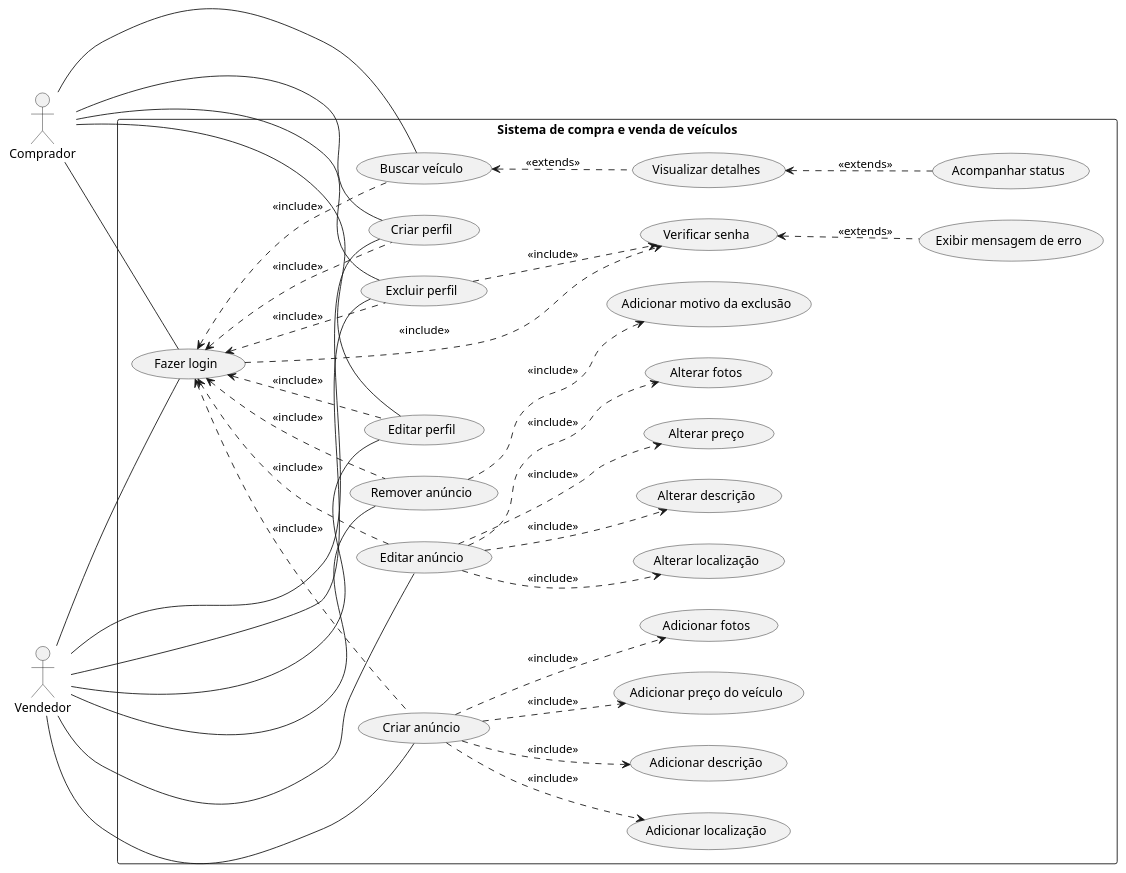
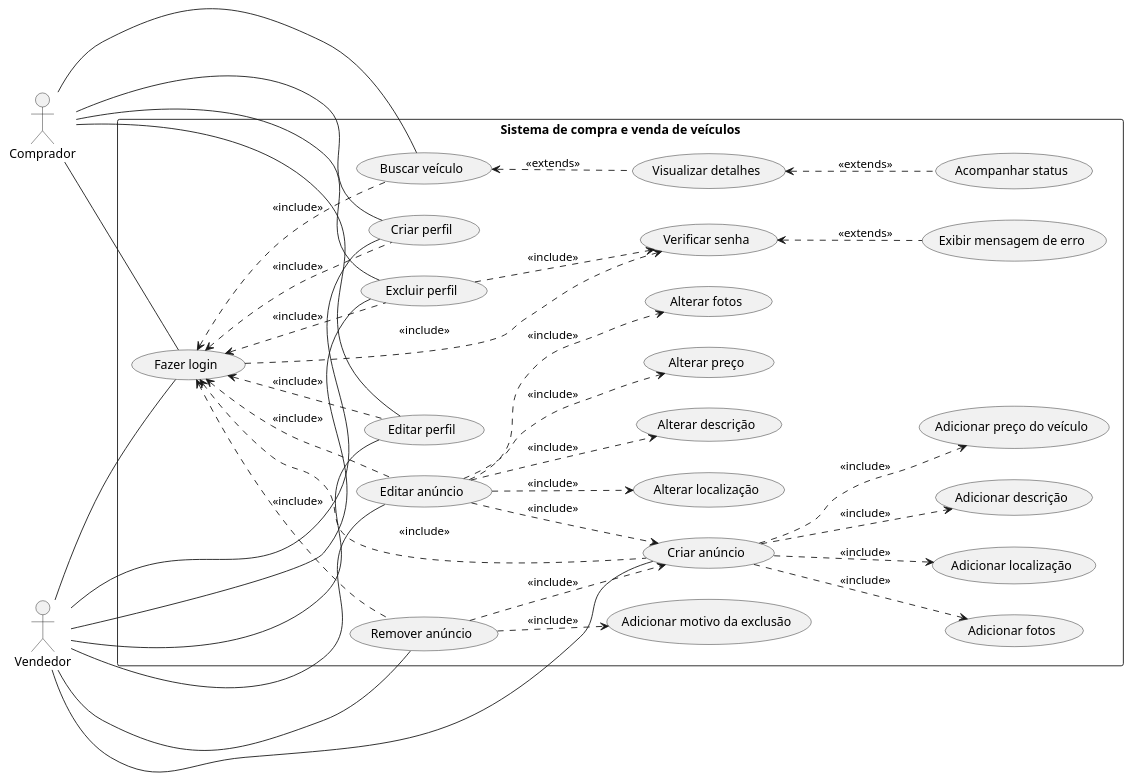
Before and after one commit to guilhermeoliveirateo/sistema-compra-venda-veiculos: the diagram in uc_fluxo_sistema.md, drawn with PlantUML.

````diff
--- a/uc_fluxo_sistema.md
+++ b/uc_fluxo_sistema.md
@@ -9,67 +9,69 @@
 ``` plantuml
 @startuml 
 
 left to right direction
 actor "Comprador" as comprador
 actor "Vendedor" as vendedor
 
 rectangle "Sistema de compra e venda de veículos"{
 usecase "Fazer login" as uc1
 usecase "Editar perfil" as uc2
 usecase "Criar anúncio" as uc3
 usecase "Editar anúncio" as uc4
 usecase "Remover anúncio" as uc5
 usecase "Buscar veículo" as uc6
 usecase "Verificar senha" as uc7
 usecase "Exibir mensagem de erro" as uc8
 usecase "Adicionar descrição" as uc9
 usecase "Adicionar preço do veículo" as uc10
 usecase "Alterar descrição" as uc11
 usecase "Alterar preço" as uc12
 usecase "Adicionar motivo da exclusão" as uc13
 usecase "Visualizar detalhes" as uc14
 usecase "Acompanhar status" as uc15
 usecase "Criar perfil" as uc16
 usecase "Adicionar fotos" as uc17
 usecase "Adicionar localização" as uc18
 usecase "Alterar fotos" as uc19
 usecase "Alterar localização" as uc20
 usecase "Excluir perfil" as uc21
 }
 
 vendedor -- uc16
 comprador -- uc16
 vendedor -- uc1
 comprador -- uc1
 uc1 ..> uc7 :<<include>>
 uc7 <.. uc8 :<<extends>>
 uc1 <.. uc2 :<<include>>
 uc1 <.. uc3 :<<include>>
 uc1 <.. uc4 :<<include>>
 uc1 <.. uc5 :<<include>>
 uc1 <.. uc6 :<<include>>
 uc1 <.. uc16 :<<include>>
 uc1 <.. uc21 :<<include>>
 vendedor -- uc2
 comprador -- uc2
 vendedor -- uc21
 comprador -- uc21
 uc21 ..> uc7 :<<include>>
 vendedor -- uc3
 uc3 ..> uc9 :<<include>>
 uc3 ..> uc10 :<<include>>
 uc3 ..> uc17 :<<include>>
 uc3 ..> uc18 :<<include>>
 vendedor -- uc4
 uc4 ..> uc11 :<<include>>
 uc4 ..> uc12 :<<include>>
 uc4 ..> uc19 :<<include>>
 uc4 ..> uc20 :<<include>>
 vendedor -- uc5
 uc5 ..> uc13 :<<include>>
 comprador -- uc6
 uc6 <.. uc14 :<<extends>>
 uc14 <.. uc15 :<<extends>>
+uc4 ..> uc3 :<<include>>
+uc5 ..> uc3 :<<include>>
  
 @enduml
 ```
````
